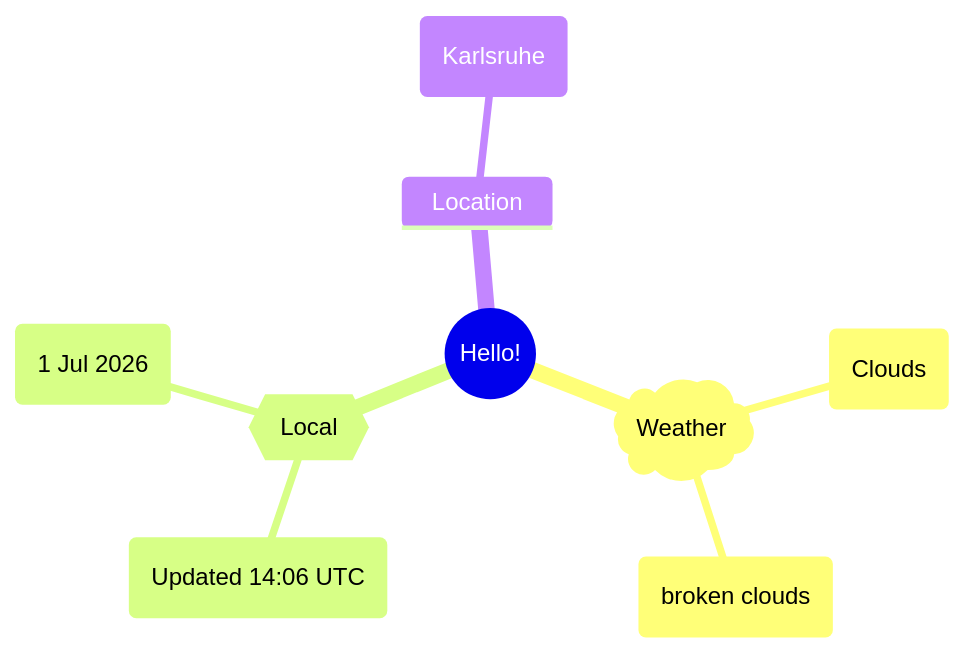
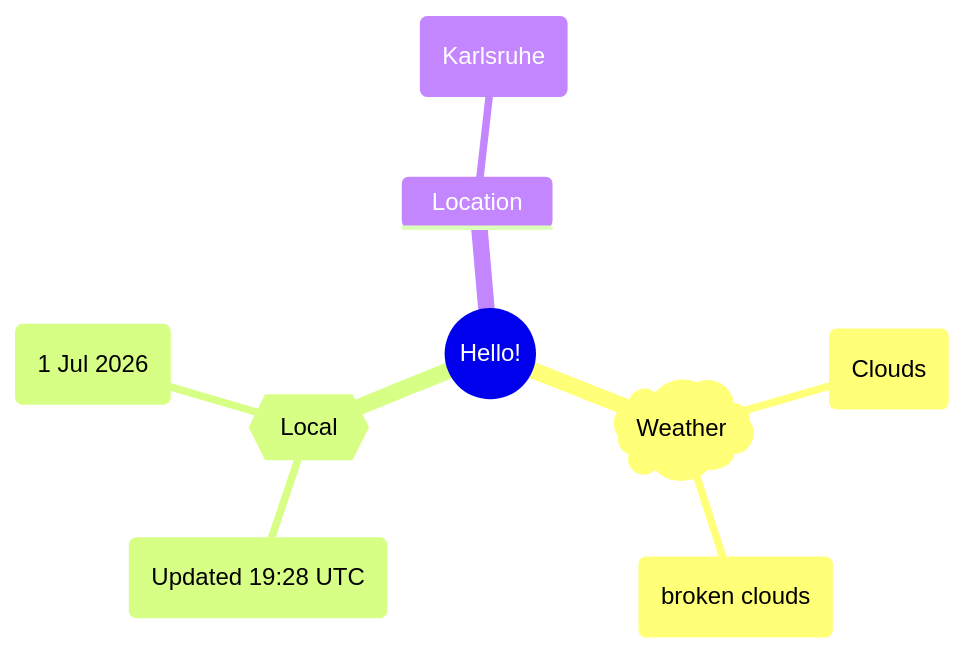
The first of 2 diagrams in README.md (Xosrov/Xosrov), drawn with Mermaid before and after one commit.

Commit message:
[bot] updated images

````diff
--- a/README.md
+++ b/README.md
@@ -3,12 +3,12 @@
 ```mermaid
 mindmap
   root((Hello!))
     )Weather(
         (Clouds)
         (broken clouds)
     {{Local}}
-        (Updated 14:06 UTC)
+        (Updated 19:28 UTC)
         (1 Jul 2026)
     Location
         (Karlsruhe)
 ```
````
